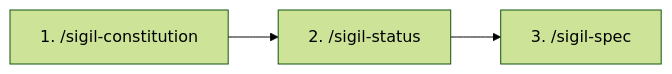
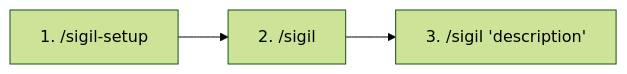
One commit to araserel/sigil-os changed the first of 3 diagrams in sigil-plugin/docs/user-guide.md. Above: the diagram before and after it, drawn with Mermaid (forest theme). The commit also changed other lines of this file and 41 other files, not shown here.

````diff
--- a/sigil-plugin/docs/user-guide.md
+++ b/sigil-plugin/docs/user-guide.md
@@ -114,5 +114,5 @@
 ```mermaid
 flowchart LR
-    A["1. /sigil-constitution"] --> B["2. /sigil-status"]
-    B --> C["3. /sigil-spec"]
+    A["1. /sigil-setup"] --> B["2. /sigil"]
+    B --> C["3. /sigil 'description'"]
 ```
````
